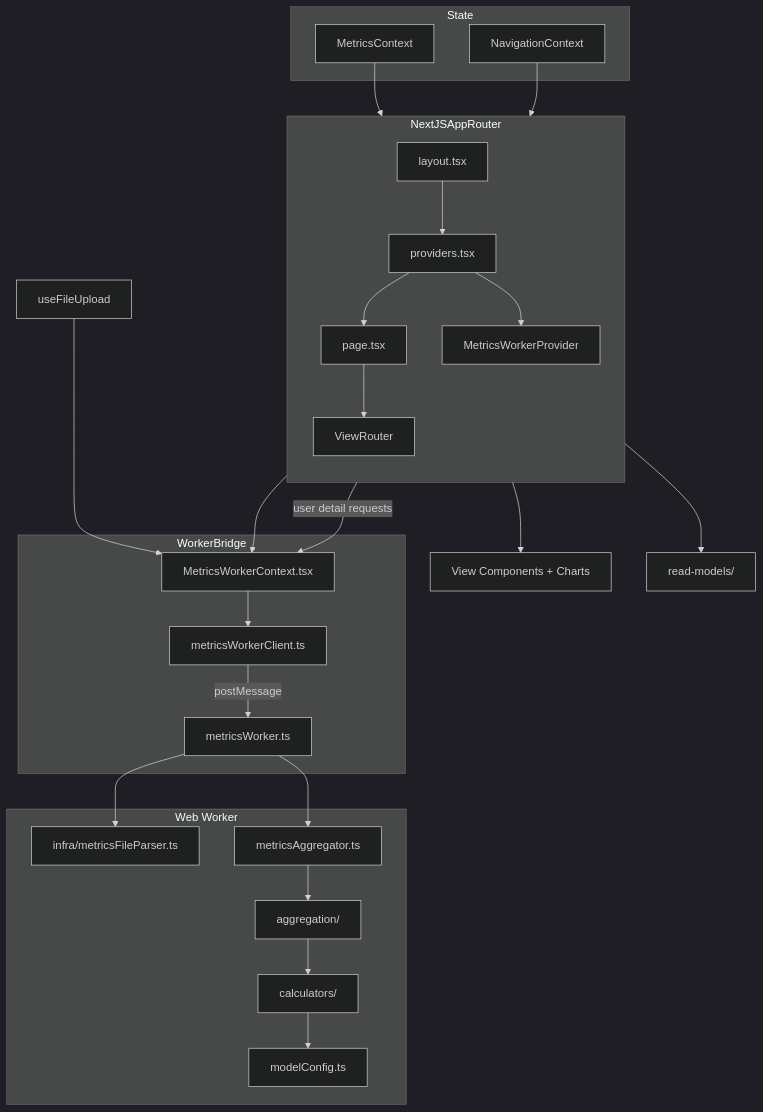
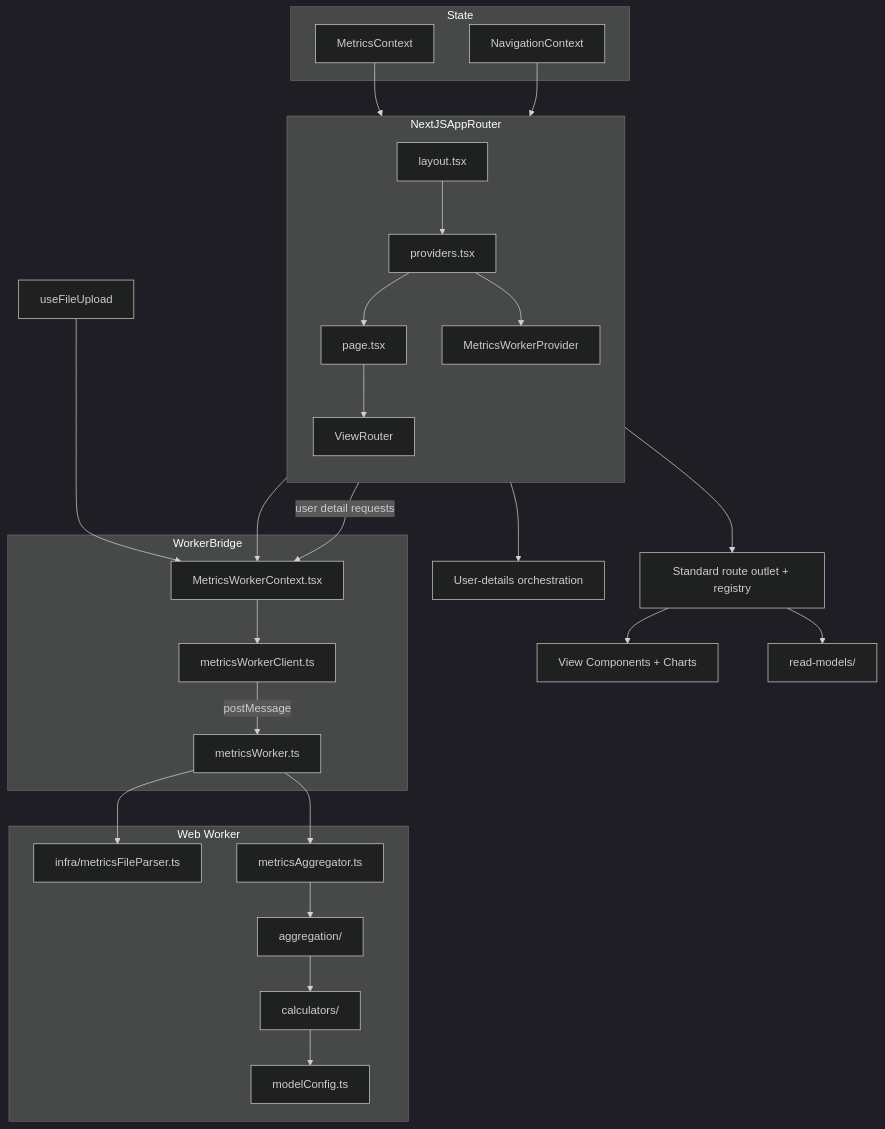
The second of 2 diagrams in docs/project-overview.md (asizikov-demos/copilot-user-level-statistics-viewer), drawn with Mermaid (dark theme) before and after one commit. The commit also changed other lines of this file and 7 other files, not shown here.

First line of the commit message:
Add typed standard view routing (#568)

````diff
--- a/docs/project-overview.md
+++ b/docs/project-overview.md
@@ -126,46 +129,48 @@
 ```mermaid
 flowchart TB
 	subgraph NextJSAppRouter
 		direction TB
 		L[layout.tsx] --> P[providers.tsx]
 		P --> H[page.tsx]
 		H --> VR[ViewRouter]
 		P --> MWP[MetricsWorkerProvider]
 	end
 
 	subgraph State
 		MC[MetricsContext]
 		NC[NavigationContext]
 	end
 
 	subgraph WebWorker[Web Worker]
 		MFP[infra/metricsFileParser.ts]
 		MA[metricsAggregator.ts]
 		AGG[aggregation/]
 		CALC[calculators/]
 		MConf[modelConfig.ts]
 	end
 
 	subgraph WorkerBridge
 		MWC[MetricsWorkerContext.tsx]
 		WC[metricsWorkerClient.ts]
 		WT[metricsWorker.ts]
 	end
 
-	VR --> Views[View Components + Charts]
-	VR --> RM[read-models/]
+	VR --> SR[Standard route outlet + registry]
+	SR --> Views[View Components + Charts]
+	SR --> RM[read-models/]
+	VR --> UD[User-details orchestration]
 
 	MWP --> MWC
 	MWC --> WC
 	UFU[useFileUpload] --> MWC
 	VR -->|user detail requests| MWC
 	WC -->|postMessage| WT
 	WT --> MFP
 	WT --> MA
 	MA --> AGG
 	AGG --> CALC
 	CALC --> MConf
 
 	MC --> VR
 	NC --> VR
 ```
````
